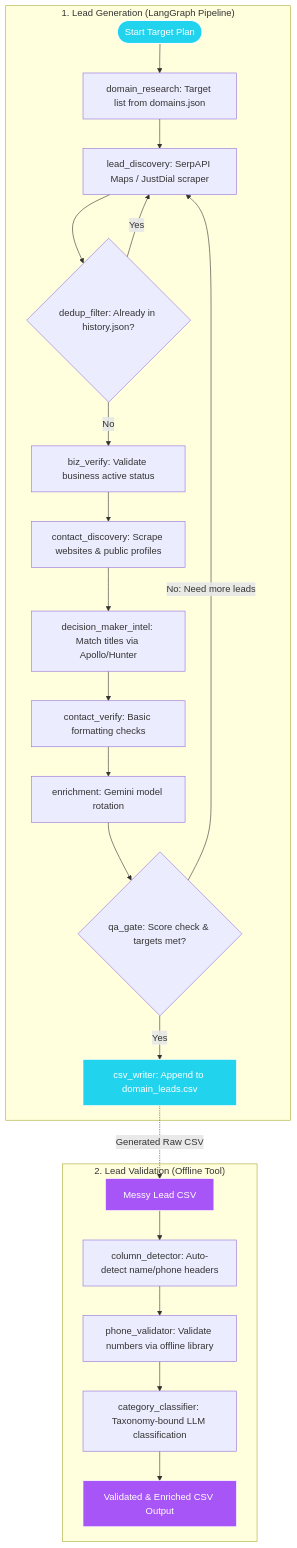
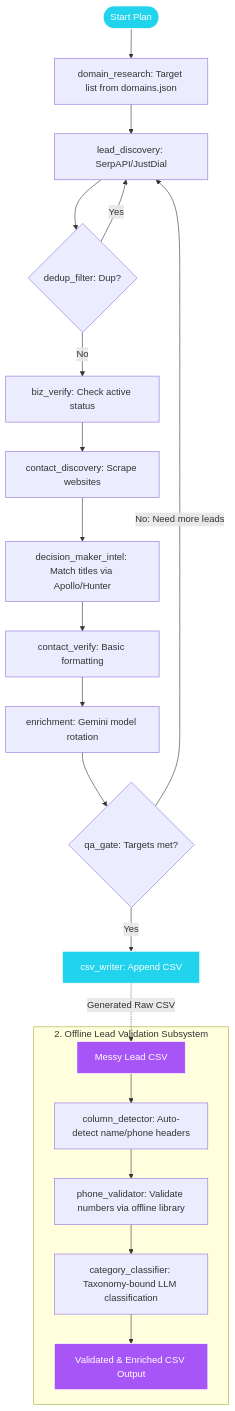
The diagram in lead_management_system/scrape_and_validate_kit/README.md (ayushX15/lead_management_system), drawn with Mermaid before and after one commit.

Commit message:
Update: Sync latest files - 2026-07-18 01:46:04

````diff
--- a/lead_management_system/scrape_and_validate_kit/README.md
+++ b/lead_management_system/scrape_and_validate_kit/README.md
@@ -18,36 +18,37 @@
 ```mermaid
 graph TD
-    subgraph Lead_Gen_Pipeline ["1. Lead Generation (LangGraph Pipeline)"]
-        Start([Start Target Plan]) --> Research[domain_research: Target list from domains.json]
-        Research --> Discovery[lead_discovery: SerpAPI Maps / JustDial scraper]
-        Discovery --> Dedup{dedup_filter: Already in history.json?}
-        
-        Dedup -->|Yes| Discovery
-        Dedup -->|No| Verify[biz_verify: Validate business active status]
-        
-        Verify --> Contacts[contact_discovery: Scrape websites & public profiles]
-        Contacts --> Intel[decision_maker_intel: Match titles via Apollo/Hunter]
-        Intel --> PhoneVal[contact_verify: Basic formatting checks]
-        PhoneVal --> Enrich[enrichment: Gemini model rotation]
-        
-        Enrich --> QAGate{qa_gate: Score check & targets met?}
-        QAGate -->|No: Need more leads| Discovery
-        QAGate -->|Yes| Writer[csv_writer: Append to domain_leads.csv]
-    end
+    %% Row 1: Plan & Discover
+    Start([Start Plan]) --> Research[domain_research: Target list from domains.json]
+    Research --> Discovery[lead_discovery: SerpAPI/JustDial]
+    Discovery --> Dedup{dedup_filter: Dup?}
+    
+    Dedup -->|Yes| Discovery
+    Dedup -->|No| Verify[biz_verify: Check active status]
 
-    subgraph Lead_Val_System ["2. Lead Validation (Offline Tool)"]
-        RawCSV[Messy Lead CSV] --> Detector[column_detector: Auto-detect name/phone headers]
+    %% Row 2: Scraping & Intelligence
+    Verify --> Contacts[contact_discovery: Scrape websites]
+    Contacts --> Intel[decision_maker_intel: Match titles via Apollo/Hunter]
+    Intel --> PhoneVal[contact_verify: Basic formatting]
+    PhoneVal --> Enrich[enrichment: Gemini model rotation]
+
+    %% Row 3: QA Gate & Save
+    Enrich --> QAGate{qa_gate: Targets met?}
+    QAGate -->|No: Need more leads| Discovery
+    QAGate -->|Yes| Writer[csv_writer: Append CSV]
+
+    %% Connection to validation
+    Writer -.->|Generated Raw CSV| RawCSV[Messy Lead CSV]
+    
+    subgraph Lead_Val_System ["2. Offline Lead Validation Subsystem"]
+        RawCSV --> Detector[column_detector: Auto-detect name/phone headers]
         Detector --> OfflinePhone[phone_validator: Validate numbers via offline library]
         OfflinePhone --> Classifier[category_classifier: Taxonomy-bound LLM classification]
         Classifier --> CleanCSV[Validated & Enriched CSV Output]
     end
-
-    %% Flow connection to force vertical stacking
-    Writer -.->|Generated Raw CSV| RawCSV
 
     %% Styles
     style Start fill:#22d3ee,stroke:#fff,stroke-width:1px,color:#fff
     style Writer fill:#22d3ee,stroke:#fff,stroke-width:1px,color:#fff
     style RawCSV fill:#a855f7,stroke:#fff,stroke-width:1px,color:#fff
     style CleanCSV fill:#a855f7,stroke:#fff,stroke-width:1px,color:#fff
 ```
````
